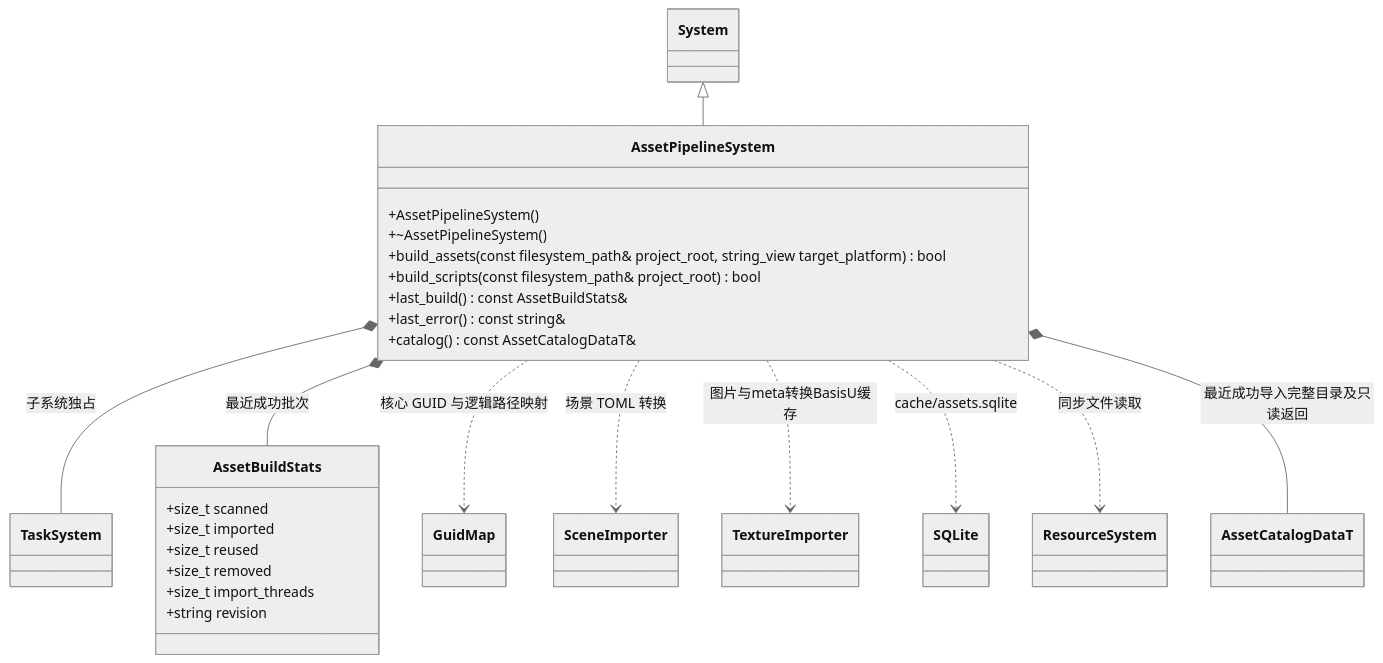
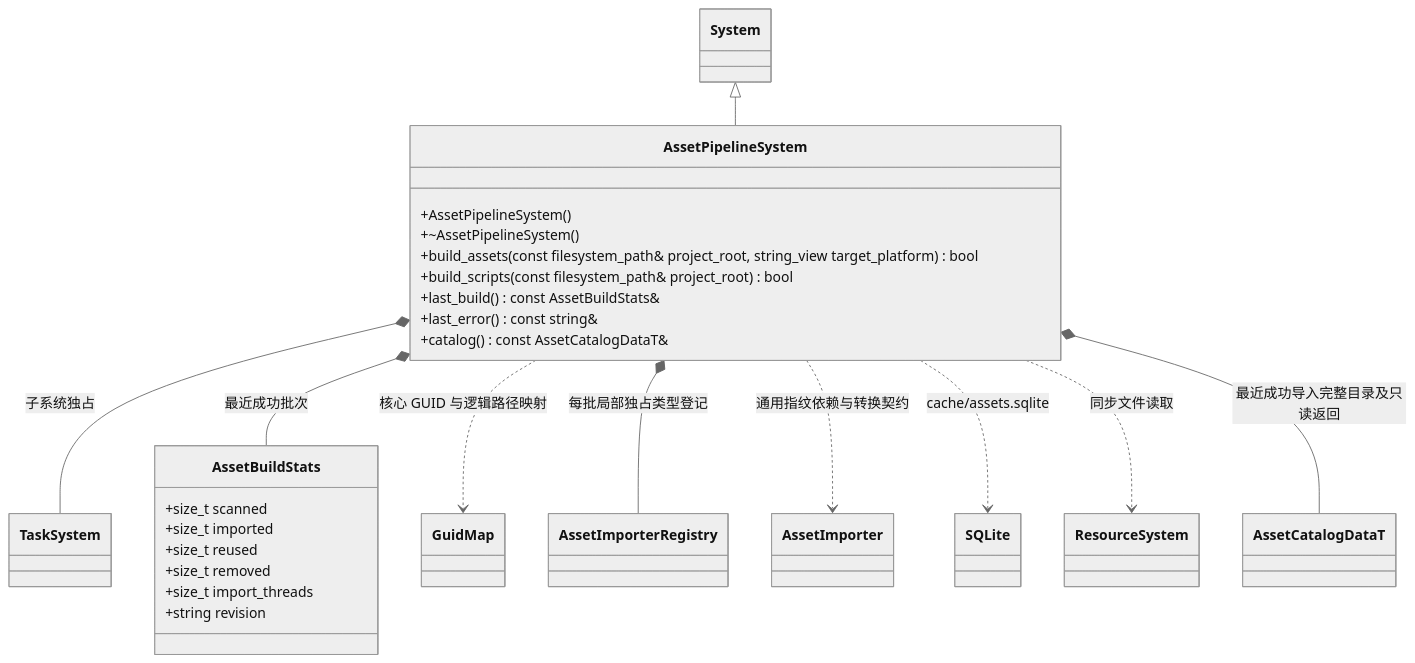
Before and after one commit to lcals/Engine: the diagram in docs/editor/class-diagrams/asset-pipeline-system.md, drawn with Mermaid (neutral theme). The commit also changed other lines of this file and 188 other files, not shown here.

````diff
--- a/docs/editor/class-diagrams/asset-pipeline-system.md
+++ b/docs/editor/class-diagrams/asset-pipeline-system.md
@@ -7,37 +7,37 @@
 ```mermaid
 classDiagram
     class System
     class AssetPipelineSystem {
         +AssetPipelineSystem()
         +~AssetPipelineSystem()
         +build_assets(const filesystem_path& project_root, string_view target_platform) bool
         +build_scripts(const filesystem_path& project_root) bool
         +last_build() const AssetBuildStats&
         +last_error() const string&
         +catalog() const AssetCatalogDataT&
     }
     class AssetBuildStats {
         +size_t scanned
         +size_t imported
         +size_t reused
         +size_t removed
         +size_t import_threads
         +string revision
     }
     class TaskSystem
     class GuidMap
-    class SceneImporter
-    class TextureImporter
+    class AssetImporterRegistry
+    class AssetImporter
     class SQLite
     class ResourceSystem
     class AssetCatalogDataT
     System <|-- AssetPipelineSystem
     AssetPipelineSystem *-- TaskSystem : 子系统独占
     AssetPipelineSystem *-- AssetBuildStats : 最近成功批次
     AssetPipelineSystem ..> GuidMap : 核心 GUID 与逻辑路径映射
-    AssetPipelineSystem ..> SceneImporter : 场景 TOML 转换
-    AssetPipelineSystem ..> TextureImporter : 图片与meta转换BasisU缓存
+    AssetPipelineSystem *-- AssetImporterRegistry : 每批局部独占类型登记
+    AssetPipelineSystem ..> AssetImporter : 通用指纹依赖与转换契约
     AssetPipelineSystem ..> SQLite : cache/assets.sqlite
     AssetPipelineSystem ..> ResourceSystem : 同步文件读取
     AssetPipelineSystem *-- AssetCatalogDataT : 最近成功导入完整目录及只读返回
 ```
````
